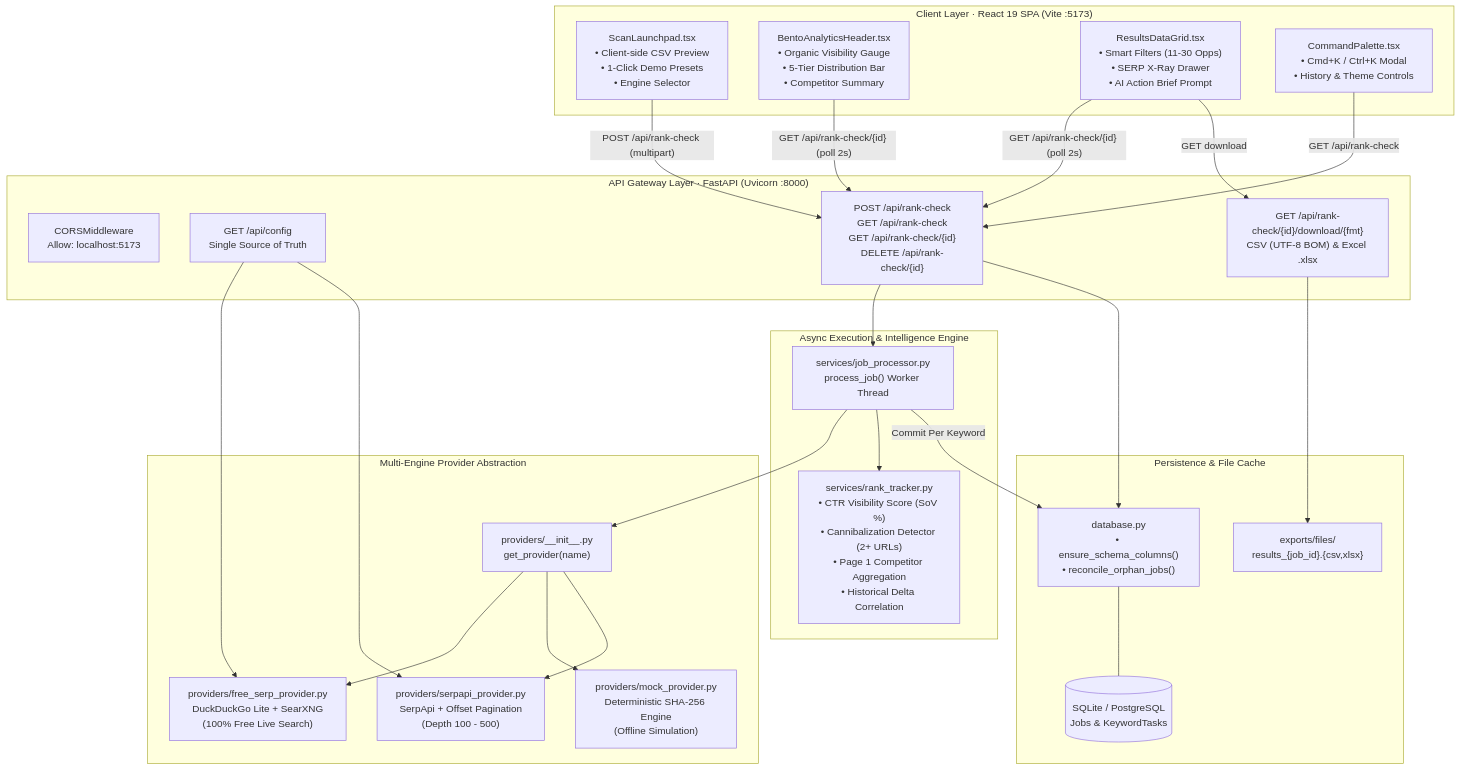
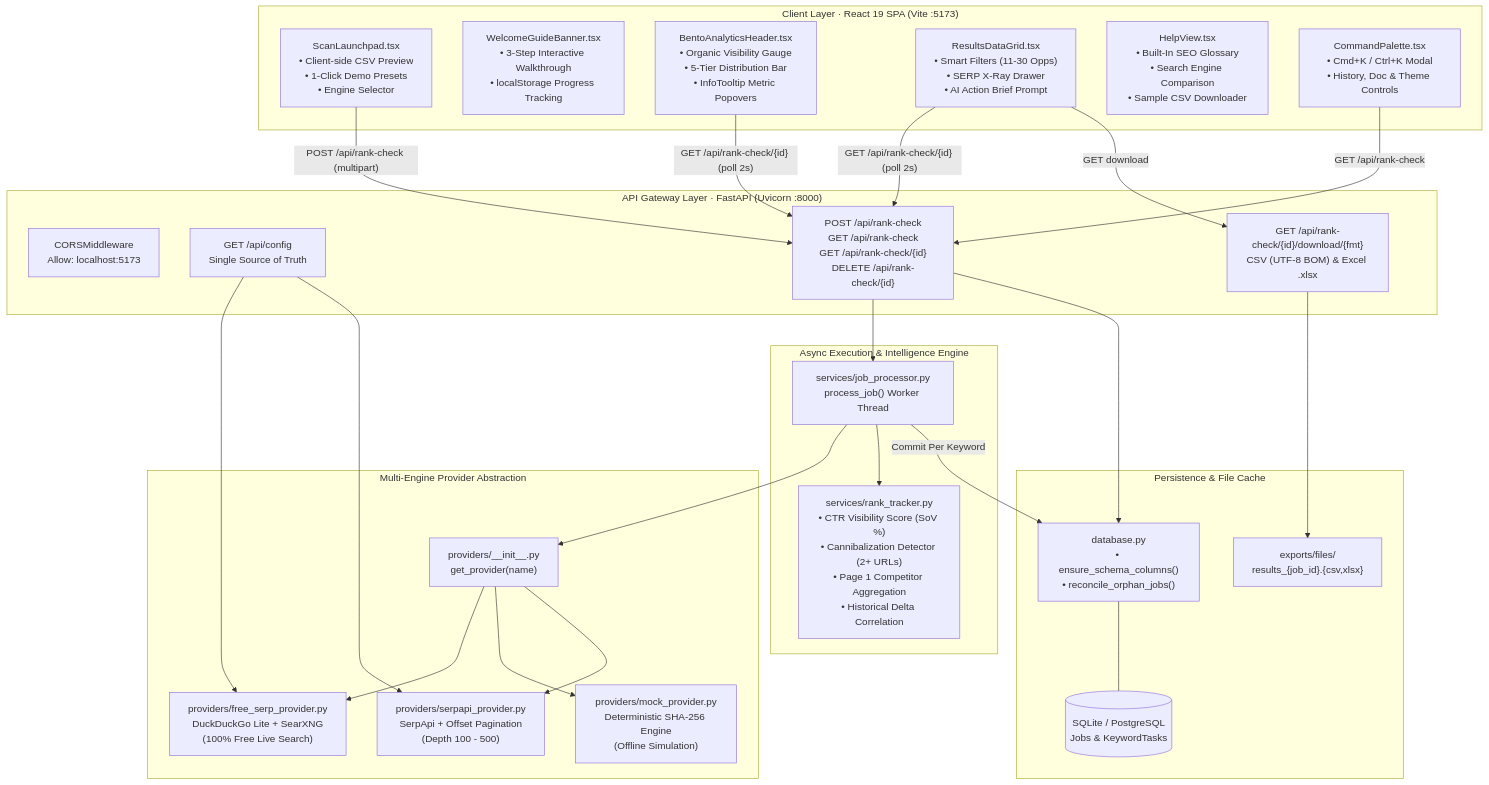
The first of 2 diagrams in README.md (bhatadarsh/keyword-rank-tracker), drawn with Mermaid before and after one commit. The commit also changed other lines of this file and 1 other file, not shown here.

First line of the commit message:
docs: synchronize ARCHITECTURE.md and README.md with v2.1.0 frontend redesign

````diff
--- a/README.md
+++ b/README.md
@@ -102,50 +107,52 @@
 ```mermaid
 flowchart TB
     subgraph ClientLayer ["Client Layer · React 19 SPA (Vite :5173)"]
         UI_Launch["ScanLaunchpad.tsx\n• Client-side CSV Preview\n• 1-Click Demo Presets\n• Engine Selector"]
-        UI_Bento["BentoAnalyticsHeader.tsx\n• Organic Visibility Gauge\n• 5-Tier Distribution Bar\n• Competitor Summary"]
+        UI_Onboarding["WelcomeGuideBanner.tsx\n• 3-Step Interactive Walkthrough\n• localStorage Progress Tracking"]
+        UI_Bento["BentoAnalyticsHeader.tsx\n• Organic Visibility Gauge\n• 5-Tier Distribution Bar\n• InfoTooltip Metric Popovers"]
         UI_Grid["ResultsDataGrid.tsx\n• Smart Filters (11-30 Opps)\n• SERP X-Ray Drawer\n• AI Action Brief Prompt"]
-        UI_Palette["CommandPalette.tsx\n• Cmd+K / Ctrl+K Modal\n• History & Theme Controls"]
+        UI_Help["HelpView.tsx\n• Built-In SEO Glossary\n• Search Engine Comparison\n• Sample CSV Downloader"]
+        UI_Palette["CommandPalette.tsx\n• Cmd+K / Ctrl+K Modal\n• History, Doc & Theme Controls"]
     end
 
     subgraph APILayer ["API Gateway Layer · FastAPI (Uvicorn :8000)"]
         MW_CORS["CORSMiddleware\nAllow: localhost:5173"]
         Router_Config["GET /api/config\nSingle Source of Truth"]
         Router_Jobs["POST /api/rank-check\nGET /api/rank-check\nGET /api/rank-check/{id}\nDELETE /api/rank-check/{id}"]
         Router_Export["GET /api/rank-check/{id}/download/{fmt}\nCSV (UTF-8 BOM) & Excel .xlsx"]
     end
 
     subgraph WorkerLayer ["Async Execution & Intelligence Engine"]
         Worker["services/job_processor.py\nprocess_job() Worker Thread"]
         IntelEngine["services/rank_tracker.py\n• CTR Visibility Score (SoV %)\n• Cannibalization Detector (2+ URLs)\n• Page 1 Competitor Aggregation\n• Historical Delta Correlation"]
     end
 
     subgraph ProviderLayer ["Multi-Engine Provider Abstraction"]
         Factory["providers/__init__.py\nget_provider(name)"]
         FreeProv["providers/free_serp_provider.py\nDuckDuckGo Lite + SearXNG\n(100% Free Live Search)"]
         MockProv["providers/mock_provider.py\nDeterministic SHA-256 Engine\n(Offline Simulation)"]
         SerpProv["providers/serpapi_provider.py\nSerpApi + Offset Pagination\n(Depth 100 - 500)"]
     end
 
     subgraph StorageLayer ["Persistence & File Cache"]
         DBEngine["database.py\n• ensure_schema_columns()\n• reconcile_orphan_jobs()"]
         DB[(SQLite / PostgreSQL\nJobs & KeywordTasks)]
         Exports["exports/files/\nresults_{job_id}.{csv,xlsx}"]
     end
 
     UI_Launch -->|"POST /api/rank-check (multipart)"| Router_Jobs
     UI_Bento & UI_Grid -->|"GET /api/rank-check/{id} (poll 2s)"| Router_Jobs
     UI_Palette -->|"GET /api/rank-check"| Router_Jobs
     UI_Grid -->|"GET download"| Router_Export
 
     Router_Config --> FreeProv & SerpProv
     Router_Jobs --> Worker
     Router_Jobs --> DBEngine
     Router_Export --> Exports
 
     Worker --> Factory
     Factory --> FreeProv & MockProv & SerpProv
     Worker --> IntelEngine
     Worker -->|"Commit Per Keyword"| DBEngine
     DBEngine --- DB
 ```
````
